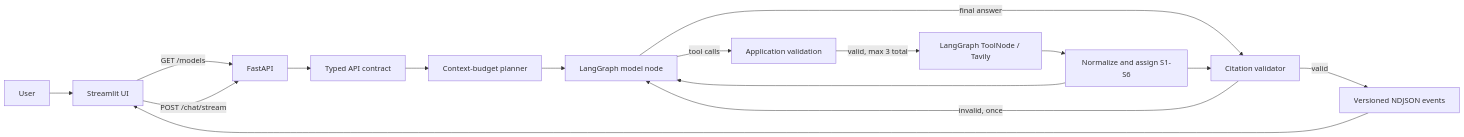
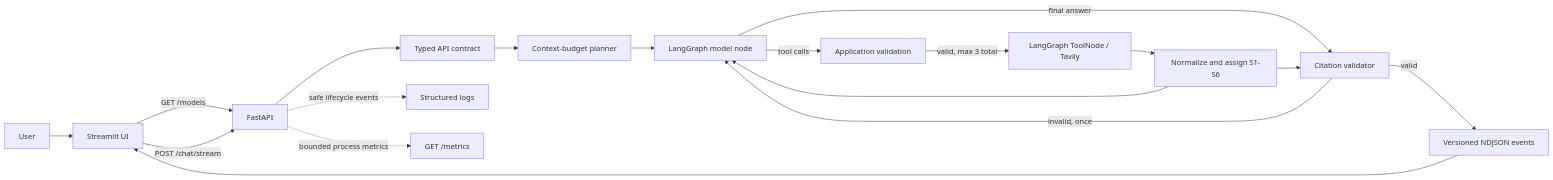
The diagram in README.md (Ajbil/agentic-chatbot-fastapi), drawn with Mermaid before and after one commit. The commit also changed other lines of this file and 3 other files, not shown here.

````diff
--- a/README.md
+++ b/README.md
@@ -25,18 +26,20 @@
 ```mermaid
 flowchart LR
     U["User"] --> UI["Streamlit UI"]
     UI -->|"GET /models"| API["FastAPI"]
     UI -->|"POST /chat/stream"| API
     API --> C["Typed API contract"]
     C --> B["Context-budget planner"]
     B --> M["LangGraph model node"]
     M -->|"final answer"| G["Citation validator"]
     M -->|"tool calls"| V["Application validation"]
     V -->|"valid, max 3 total"| T["LangGraph ToolNode / Tavily"]
     T --> P["Normalize and assign S1-S6"]
     P --> M
     G -->|"valid"| S["Versioned NDJSON events"]
     G -->|"invalid, once"| M
     P --> G
     S --> UI
+    API -. "safe lifecycle events" .-> L["Structured logs"]
+    API -. "bounded process metrics" .-> O["GET /metrics"]
 ```
````
